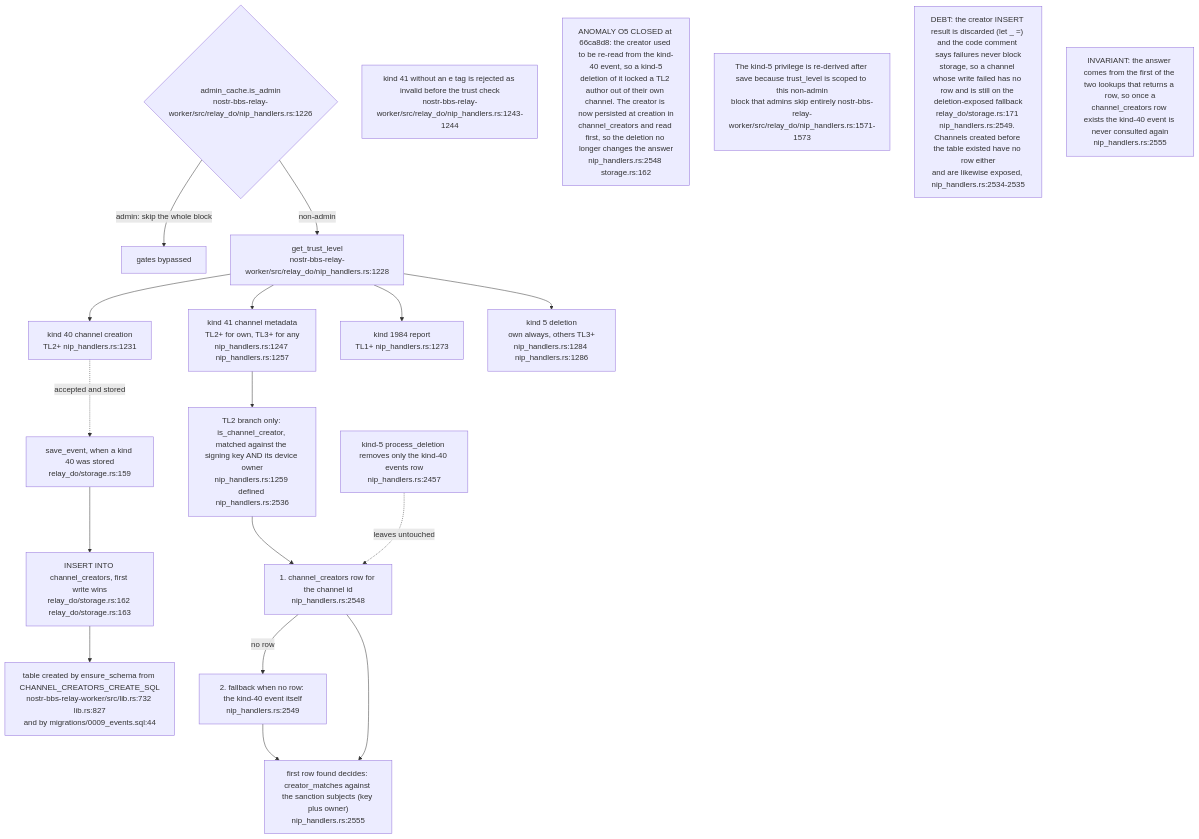
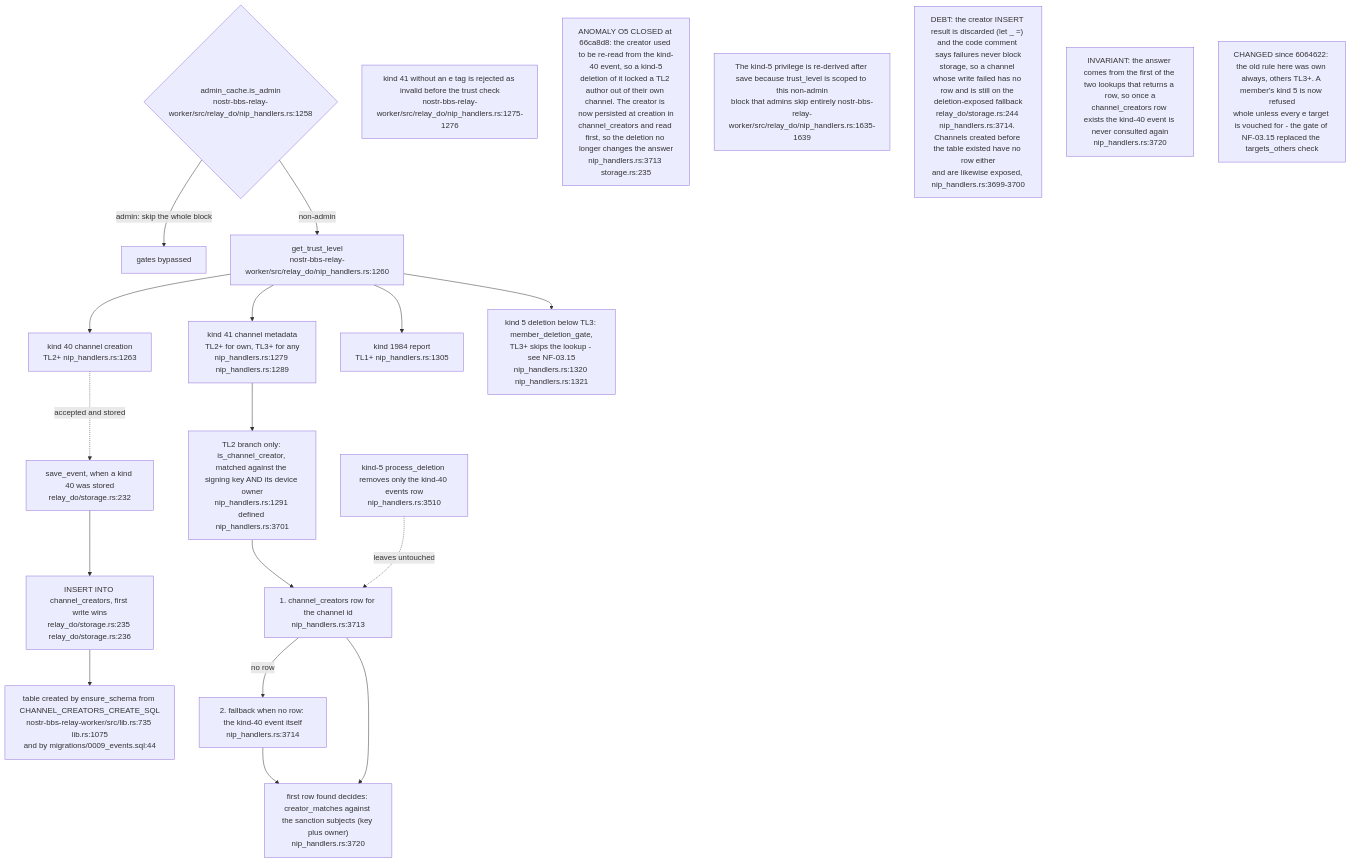
One commit to DreamLab-AI/VisionFlow changed the seventh of 16 diagrams in docs/diagrams/nostr-rust-forum/03-relay-worker-admission-auth-and-trust.md. Above: the diagram before and after it, drawn with Mermaid. The commit also changed other lines of this file, not shown here.

First line of the commit message:
docs(diagrams): re-verify NF-03 against nostr-rust-forum af4f0d5

````diff
--- a/docs/diagrams/nostr-rust-forum/03-relay-worker-admission-auth-and-trust.md
+++ b/docs/diagrams/nostr-rust-forum/03-relay-worker-admission-auth-and-trust.md
@@ -202,31 +221,32 @@
 ```mermaid
 flowchart TB
-    ADMIN{"admin_cache.is_admin<br/>nostr-bbs-relay-worker/src/relay_do/nip_handlers.rs:1226"}
-    TL["get_trust_level<br/>nostr-bbs-relay-worker/src/relay_do/nip_handlers.rs:1228"]
-    K40["kind 40 channel creation<br/>TL2+ nip_handlers.rs:1231"]
-    K41["kind 41 channel metadata<br/>TL2+ for own, TL3+ for any<br/>nip_handlers.rs:1247 nip_handlers.rs:1257"]
-    K1984["kind 1984 report<br/>TL1+ nip_handlers.rs:1273"]
-    K5["kind 5 deletion<br/>own always, others TL3+<br/>nip_handlers.rs:1284 nip_handlers.rs:1286"]
-    IC["TL2 branch only: is_channel_creator, matched against the signing key AND its device owner<br/>nip_handlers.rs:1259 defined nip_handlers.rs:2536"]
-    CC["1. channel_creators row for the channel id<br/>nip_handlers.rs:2548"]
-    FB["2. fallback when no row: the kind-40 event itself<br/>nip_handlers.rs:2549"]
-    ANS["first row found decides: creator_matches against the sanction subjects (key plus owner)<br/>nip_handlers.rs:2555"]
-    SAVE["save_event, when a kind 40 was stored<br/>relay_do/storage.rs:159"]
-    INS["INSERT INTO channel_creators, first write wins<br/>relay_do/storage.rs:162 relay_do/storage.rs:163"]
-    DDL["table created by ensure_schema from CHANNEL_CREATORS_CREATE_SQL<br/>nostr-bbs-relay-worker/src/lib.rs:732 lib.rs:827<br/>and by migrations/0009_events.sql:44"]
-    DEL["kind-5 process_deletion removes only the kind-40 events row<br/>nip_handlers.rs:2457"]
+    ADMIN{"admin_cache.is_admin<br/>nostr-bbs-relay-worker/src/relay_do/nip_handlers.rs:1258"}
+    TL["get_trust_level<br/>nostr-bbs-relay-worker/src/relay_do/nip_handlers.rs:1260"]
+    K40["kind 40 channel creation<br/>TL2+ nip_handlers.rs:1263"]
+    K41["kind 41 channel metadata<br/>TL2+ for own, TL3+ for any<br/>nip_handlers.rs:1279 nip_handlers.rs:1289"]
+    K1984["kind 1984 report<br/>TL1+ nip_handlers.rs:1305"]
+    K5["kind 5 deletion below TL3: member_deletion_gate,<br/>TL3+ skips the lookup - see NF-03.15<br/>nip_handlers.rs:1320 nip_handlers.rs:1321"]
+    IC["TL2 branch only: is_channel_creator, matched against the signing key AND its device owner<br/>nip_handlers.rs:1291 defined nip_handlers.rs:3701"]
+    CC["1. channel_creators row for the channel id<br/>nip_handlers.rs:3713"]
+    FB["2. fallback when no row: the kind-40 event itself<br/>nip_handlers.rs:3714"]
+    ANS["first row found decides: creator_matches against the sanction subjects (key plus owner)<br/>nip_handlers.rs:3720"]
+    SAVE["save_event, when a kind 40 was stored<br/>relay_do/storage.rs:232"]
+    INS["INSERT INTO channel_creators, first write wins<br/>relay_do/storage.rs:235 relay_do/storage.rs:236"]
+    DDL["table created by ensure_schema from CHANNEL_CREATORS_CREATE_SQL<br/>nostr-bbs-relay-worker/src/lib.rs:735 lib.rs:1075<br/>and by migrations/0009_events.sql:44"]
+    DEL["kind-5 process_deletion removes only the kind-40 events row<br/>nip_handlers.rs:3510"]
 
     ADMIN -->|"admin: skip the whole block"| SKIP["gates bypassed"]
     ADMIN -->|"non-admin"| TL --> K40 & K41 & K1984 & K5
     K41 --> IC --> CC -->|"no row"| FB
     CC --> ANS
     FB --> ANS
     K40 -.->|"accepted and stored"| SAVE --> INS --> DDL
     DEL -.->|"leaves untouched"| CC
 
-    N1["kind 41 without an e tag is rejected as invalid before the trust check<br/>nostr-bbs-relay-worker/src/relay_do/nip_handlers.rs:1243-1244"]
-    N2["ANOMALY O5 CLOSED at 66ca8d8: the creator used to be re-read from the kind-40 event, so a kind-5<br/>deletion of it locked a TL2 author out of their own channel. The creator is now persisted at creation in<br/>channel_creators and read first, so the deletion no longer changes the answer<br/>nip_handlers.rs:2548 storage.rs:162"]
-    N3["The kind-5 privilege is re-derived after save because trust_level is scoped to this non-admin<br/>block that admins skip entirely nostr-bbs-relay-worker/src/relay_do/nip_handlers.rs:1571-1573"]
-    N4["DEBT: the creator INSERT result is discarded (let _ =) and the code comment says failures never block<br/>storage, so a channel whose write failed has no row and is still on the deletion-exposed fallback<br/>relay_do/storage.rs:171 nip_handlers.rs:2549. Channels created before the table existed have no row either<br/>and are likewise exposed, nip_handlers.rs:2534-2535"]
-    N5["INVARIANT: the answer comes from the first of the two lookups that returns a row, so once a<br/>channel_creators row exists the kind-40 event is never consulted again<br/>nip_handlers.rs:2555"]
+    N1["kind 41 without an e tag is rejected as invalid before the trust check<br/>nostr-bbs-relay-worker/src/relay_do/nip_handlers.rs:1275-1276"]
+    N2["ANOMALY O5 CLOSED at 66ca8d8: the creator used to be re-read from the kind-40 event, so a kind-5<br/>deletion of it locked a TL2 author out of their own channel. The creator is now persisted at creation in<br/>channel_creators and read first, so the deletion no longer changes the answer<br/>nip_handlers.rs:3713 storage.rs:235"]
+    N3["The kind-5 privilege is re-derived after save because trust_level is scoped to this non-admin<br/>block that admins skip entirely nostr-bbs-relay-worker/src/relay_do/nip_handlers.rs:1635-1639"]
+    N4["DEBT: the creator INSERT result is discarded (let _ =) and the code comment says failures never block<br/>storage, so a channel whose write failed has no row and is still on the deletion-exposed fallback<br/>relay_do/storage.rs:244 nip_handlers.rs:3714. Channels created before the table existed have no row either<br/>and are likewise exposed, nip_handlers.rs:3699-3700"]
+    N5["INVARIANT: the answer comes from the first of the two lookups that returns a row, so once a<br/>channel_creators row exists the kind-40 event is never consulted again<br/>nip_handlers.rs:3720"]
+    N6["CHANGED since 6064622: the old rule here was own always, others TL3+. A member's kind 5 is now refused<br/>whole unless every e target is vouched for - the gate of NF-03.15 replaced the targets_others check"]
 ```
````
